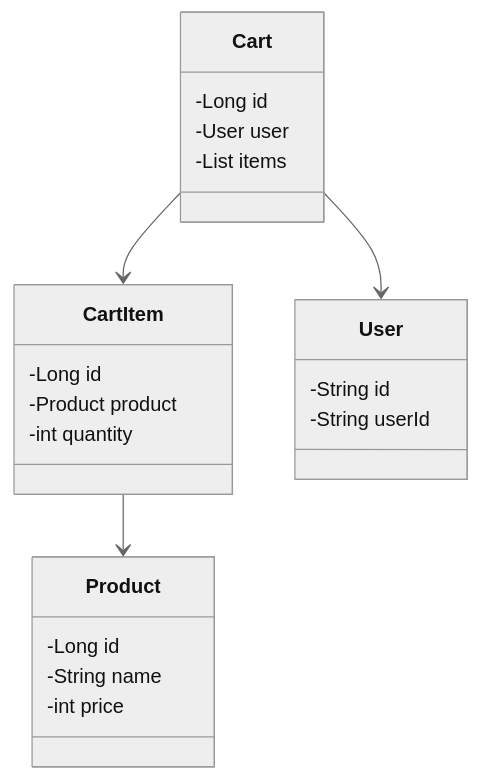
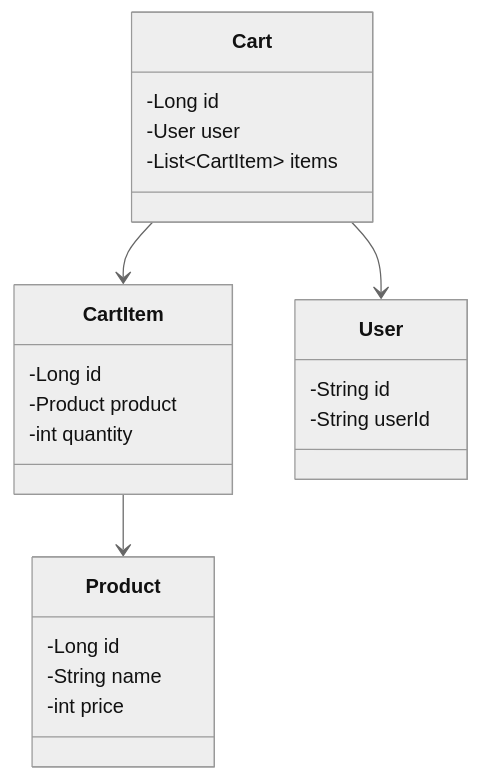
Before and after one commit to yuneong/loopers: the fifth of 5 diagrams in docs/design/03-class-diagrams.md, drawn with Mermaid (neutral theme). The commit also changed other lines of this file, not shown here.

Commit message:
docs: 클래스 다이어그램 수정

````diff
--- a/docs/design/03-class-diagrams.md
+++ b/docs/design/03-class-diagrams.md
@@ -173,30 +173,30 @@
 ```mermaid
 classDiagram
     class Cart {
         -Long id
         -User user
-        -List<CartItem> items
+        -List&lt;CartItem&gt; items
     }
 
     class CartItem {
         -Long id
         -Product product
         -int quantity
     }
 
     class User {
         -String id
         -String userId
     }
 
     class Product {
         -Long id
         -String name
         -int price
     }
 
     %% 관계
     Cart --> User
     Cart --> CartItem
     CartItem --> Product
 ```
````
